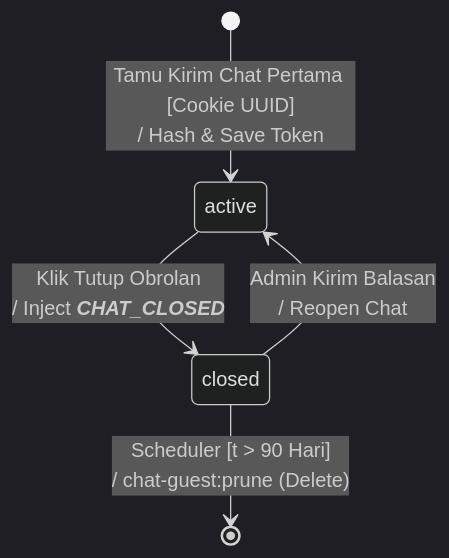
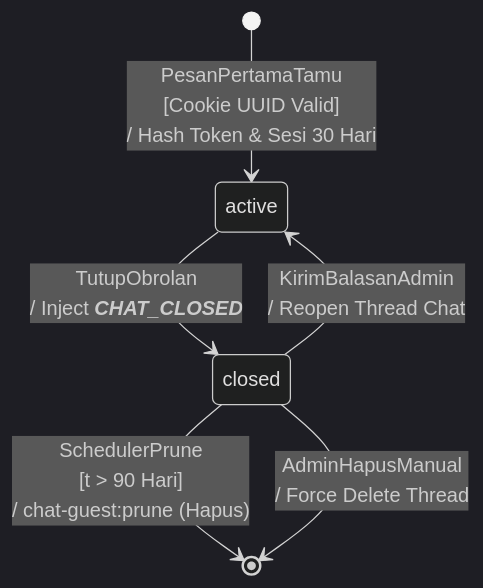
Before and after one commit to rafifarsyapradiva/asri-boarding-house: the diagram in Blueprint/state/state_guest_chat_lifecycle.mmd, drawn with Mermaid (dark theme). The commit also changed 19 other files, not shown here.

Commit message:
docs(state-machine): audit forensik, eliminasi tabrakan visual, composite sub-states & finalisasi state machine diagram (v242.0)

```diff
--- a/Blueprint/state/state_guest_chat_lifecycle.mmd
+++ b/Blueprint/state/state_guest_chat_lifecycle.mmd
@@ -1,5 +1,15 @@
 stateDiagram-v2
-    [*] --> active : Tamu Kirim Chat Pertama [Cookie UUID]<br>/ Hash & Save Token
-    active --> closed : Klik Tutup Obrolan<br>/ Inject ___CHAT_CLOSED___
-    closed --> active : Admin Kirim Balasan<br>/ Reopen Chat
-    closed --> [*] : Scheduler [t > 90 Hari]<br>/ chat-guest:prune (Delete)
+    direction TB
+
+    state "active" as active
+    state "closed" as closed
+
+    [*] --> active : PesanPertamaTamu<br>[Cookie UUID Valid]<br>/ Hash Token & Sesi 30 Hari
+
+    active --> closed : TutupObrolan<br>/ Inject ___CHAT_CLOSED___
+
+    closed --> active : KirimBalasanAdmin<br>/ Reopen Thread Chat
+
+    closed --> [*] : SchedulerPrune<br>[t > 90 Hari]<br>/ chat-guest:prune (Hapus)
+
+    closed --> [*] : AdminHapusManual<br>/ Force Delete Thread
```
